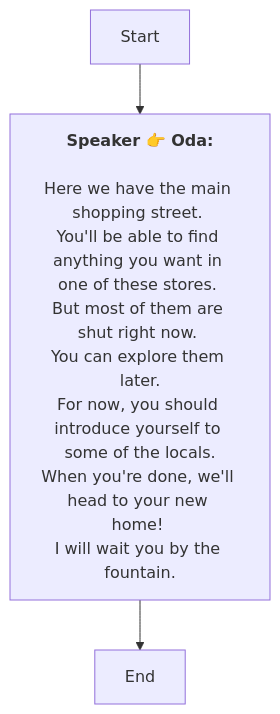
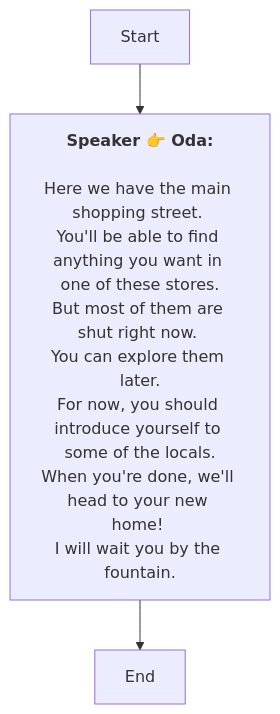
Before and after one commit to SoftHu/tos_avg: the diagram in En/QuestStartTalkENode_1741757389221183.md, drawn with Mermaid. The commit also changed 410 other files, not shown here.

````diff
--- a/En/QuestStartTalkENode_1741757389221183.md
+++ b/En/QuestStartTalkENode_1741757389221183.md
@@ -1,10 +1,10 @@
 ```mermaid
 graph
 Start -->1741757429204290[<b>Speaker 👉 Oda:</b>
 \nHere we have the main shopping street. 
-You'll be able to find anything you want in one of these stores. \nBut most of them are shut right now. 
+You'll be able to find anything you want in one of these stores.\nBut most of them are shut right now. 
 You can explore them later.\nFor now, you should introduce yourself to some of the locals.\nWhen you're done, we'll head to your new home! 
 I will wait you by the fountain.]
 1741757429204290 -->1741757508892995[End]
 
 ```
````
